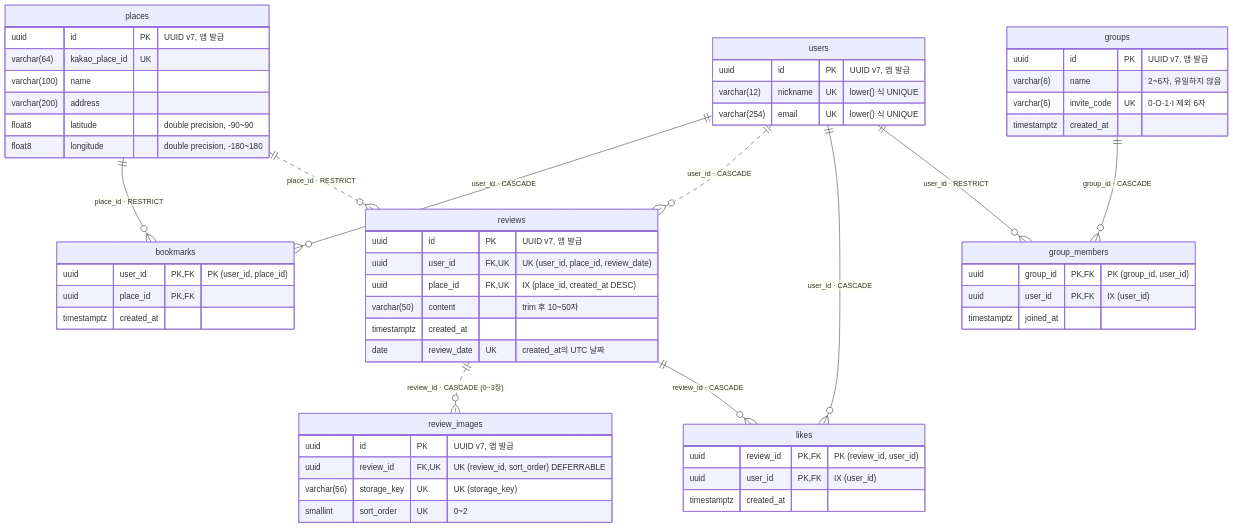
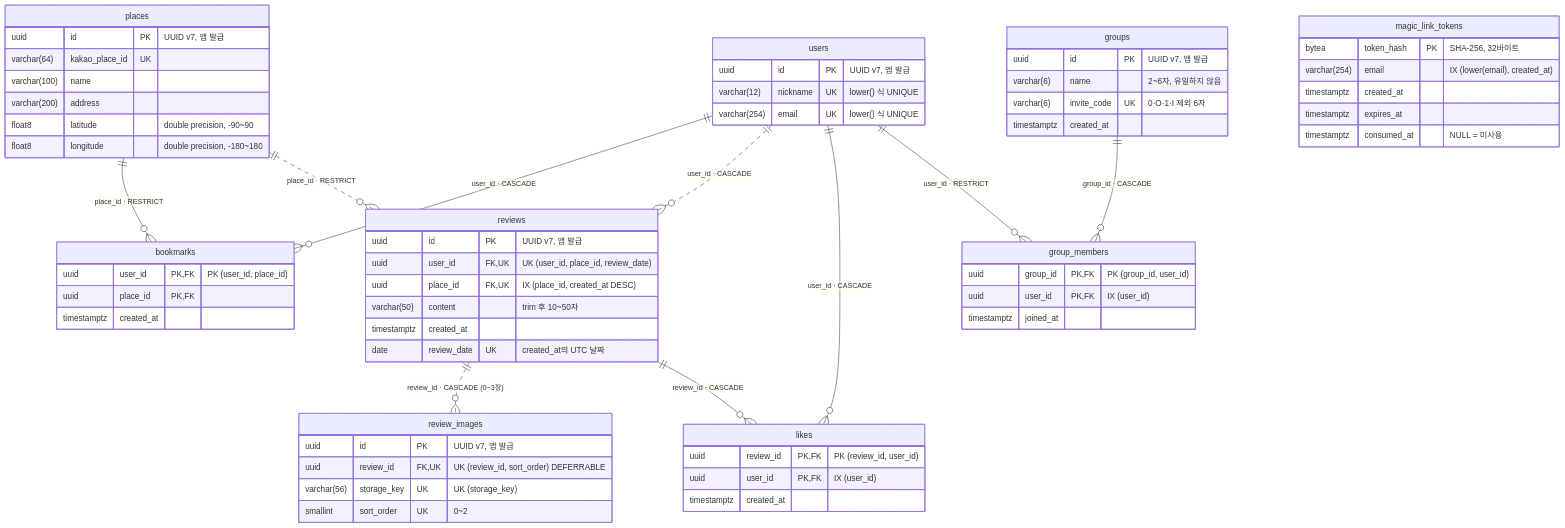
The diagram in docs/design/erd.md (kangdong527/nook_csharp), drawn with Mermaid before and after one commit. The commit also changed other lines of this file and 2 other files, not shown here.

First line of the commit message:
docs: decide magic-link auth and design magic_link_tokens

````diff
--- a/docs/design/erd.md
+++ b/docs/design/erd.md
@@ -12,68 +12,76 @@
 ```mermaid
 erDiagram
     users ||--o{ bookmarks : "user_id · CASCADE"
     places ||--o{ bookmarks : "place_id · RESTRICT"
     users ||..o{ reviews : "user_id · CASCADE"
     places ||..o{ reviews : "place_id · RESTRICT"
     reviews ||..o{ review_images : "review_id · CASCADE (0~3장)"
     reviews ||--o{ likes : "review_id · CASCADE"
     users ||--o{ likes : "user_id · CASCADE"
     groups ||--o{ group_members : "group_id · CASCADE"
     users ||--o{ group_members : "user_id · RESTRICT"
 
     users {
         uuid id PK "UUID v7, 앱 발급"
         varchar(12) nickname UK "lower() 식 UNIQUE"
         varchar(254) email UK "lower() 식 UNIQUE"
     }
 
     places {
         uuid id PK "UUID v7, 앱 발급"
         varchar(64) kakao_place_id UK
         varchar(100) name
         varchar(200) address
         float8 latitude "double precision, -90~90"
         float8 longitude "double precision, -180~180"
     }
 
     bookmarks {
         uuid user_id PK, FK "PK (user_id, place_id)"
         uuid place_id PK, FK
         timestamptz created_at
     }
 
     reviews {
         uuid id PK "UUID v7, 앱 발급"
         uuid user_id FK, UK "UK (user_id, place_id, review_date)"
         uuid place_id FK, UK "IX (place_id, created_at DESC)"
         varchar(50) content "trim 후 10~50자"
         timestamptz created_at
         date review_date UK "created_at의 UTC 날짜"
     }
 
     review_images {
         uuid id PK "UUID v7, 앱 발급"
         uuid review_id FK, UK "UK (review_id, sort_order) DEFERRABLE"
         varchar(56) storage_key UK "UK (storage_key)"
         smallint sort_order UK "0~2"
     }
 
     likes {
         uuid review_id PK, FK "PK (review_id, user_id)"
         uuid user_id PK, FK "IX (user_id)"
         timestamptz created_at
     }
 
     groups {
         uuid id PK "UUID v7, 앱 발급"
         varchar(6) name "2~6자, 유일하지 않음"
         varchar(6) invite_code UK "0·O·1·I 제외 6자"
         timestamptz created_at
     }
 
     group_members {
         uuid group_id PK, FK "PK (group_id, user_id)"
         uuid user_id PK, FK "IX (user_id)"
         timestamptz joined_at
     }
+
+    magic_link_tokens {
+        bytea token_hash PK "SHA-256, 32바이트"
+        varchar(254) email "IX (lower(email), created_at)"
+        timestamptz created_at
+        timestamptz expires_at
+        timestamptz consumed_at "NULL = 미사용"
+    }
 ```
````
